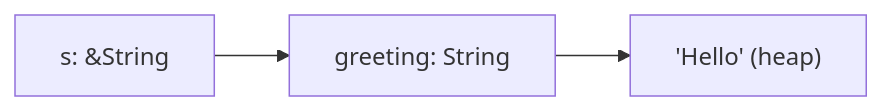
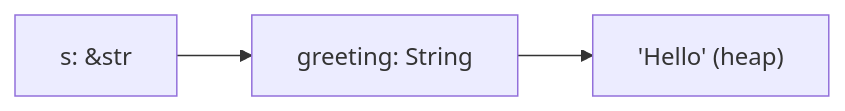
One commit to LucaNerlich/lucanerlich.com changed the third of 4 diagrams in docs/rust/beginners-guide/05-ownership-and-borrowing.md. Above: the diagram before and after it, drawn with Mermaid. The commit also changed other lines of this file and 114 other files, not shown here.

First line of the commit message:
Fix and expand Mermaid, shell, Docker, GOG, Discord, and local-LLM docs (#71)

````diff
--- a/docs/rust/beginners-guide/05-ownership-and-borrowing.md
+++ b/docs/rust/beginners-guide/05-ownership-and-borrowing.md
@@ -253,5 +253,5 @@
 ```mermaid
 flowchart LR
     greeting["greeting: String"] --> HeapData["'Hello' (heap)"]
-    s["s: &String"] --> greeting
+    s["s: &str"] --> greeting
 ```
````
